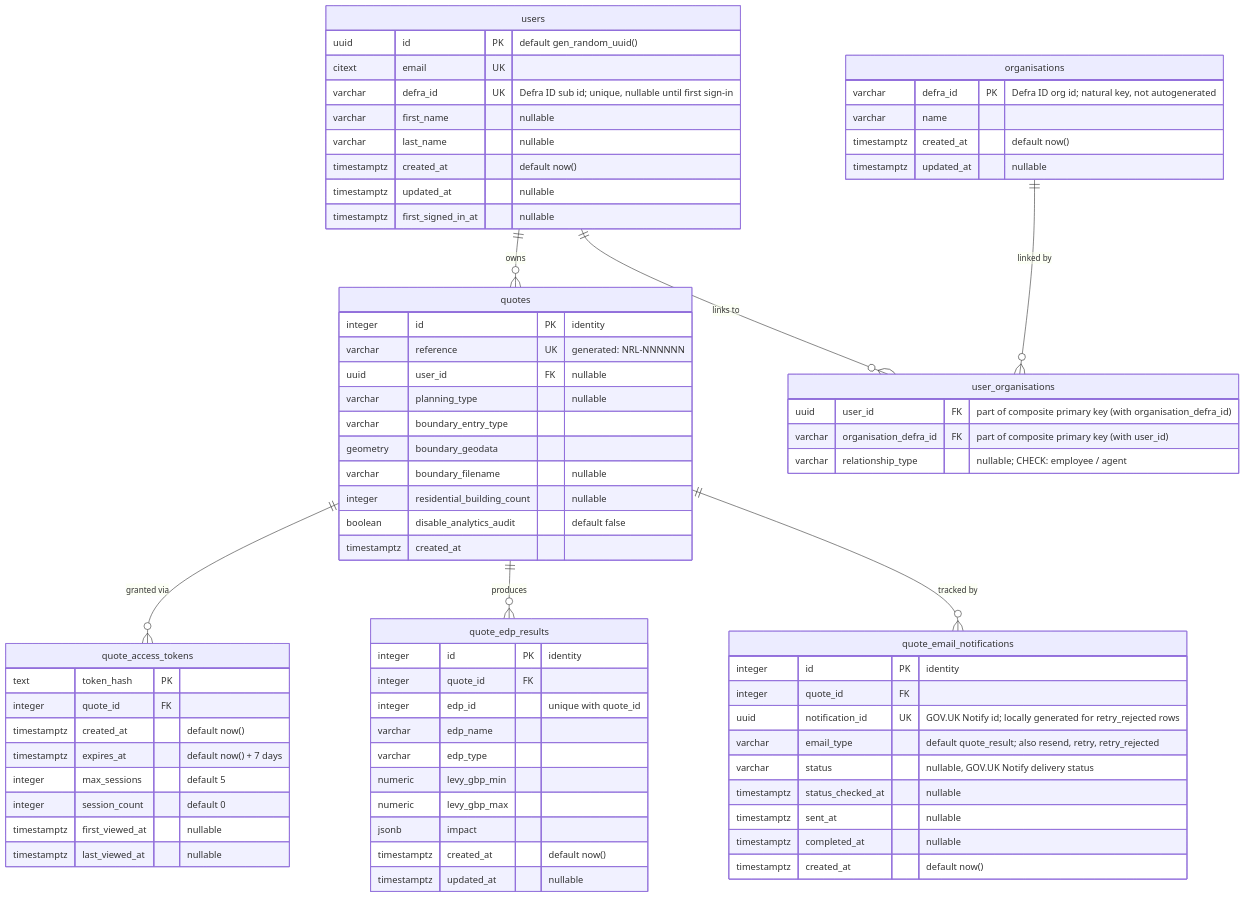
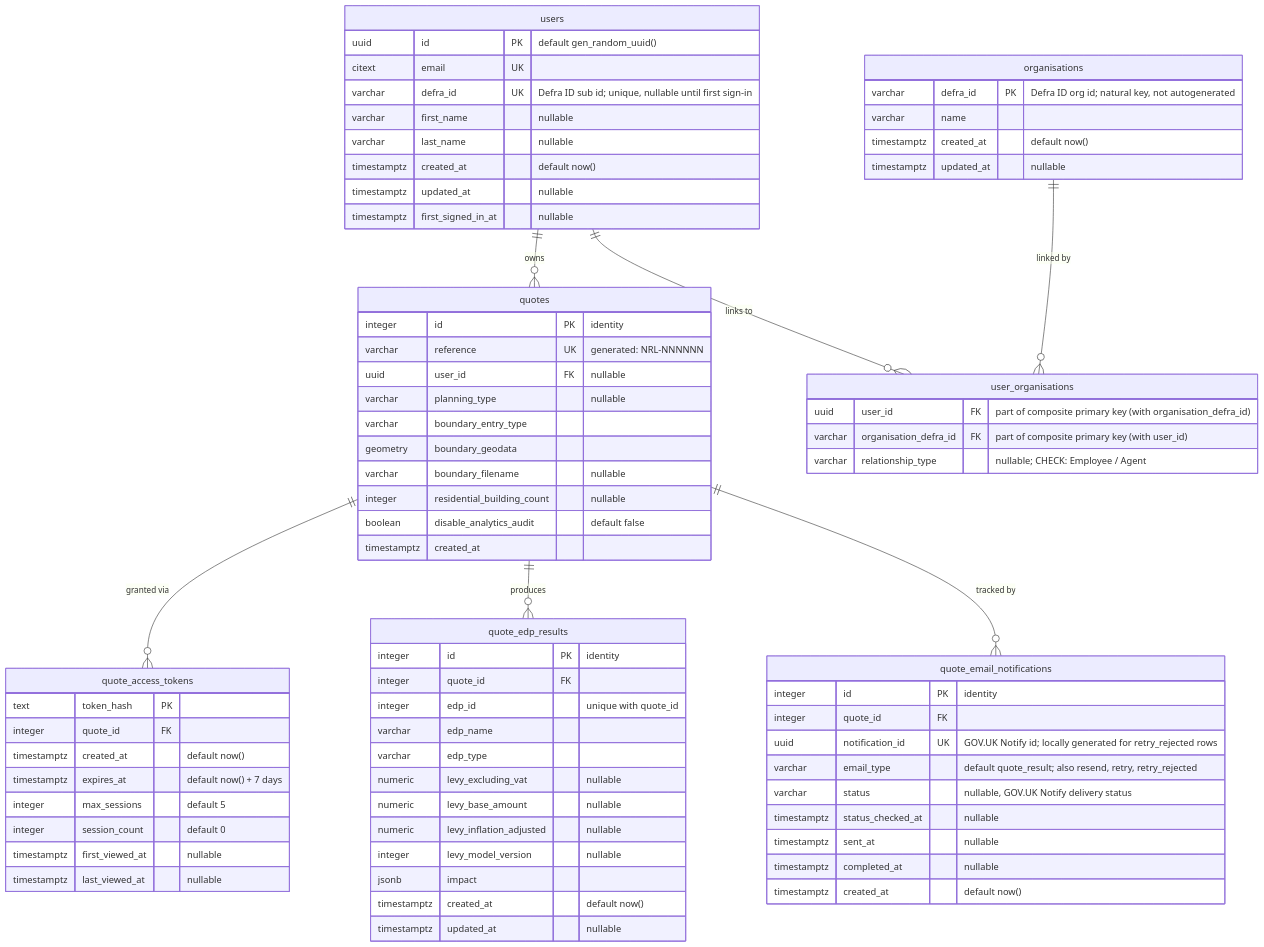
The diagram in docs/quote-database-diagram.md (DEFRA/nrf-backend), drawn with Mermaid before and after one commit. The commit also changed other lines of this file and 24 other files, not shown here.

```diff
--- a/docs/quote-database-diagram.md
+++ b/docs/quote-database-diagram.md
@@ -37,7 +37,7 @@
     user_organisations {
         uuid user_id FK "part of composite primary key (with organisation_defra_id)"
         varchar organisation_defra_id FK "part of composite primary key (with user_id)"
-        varchar relationship_type "nullable; CHECK: employee / agent"
+        varchar relationship_type "nullable; CHECK: Employee / Agent"
     }
 
     quotes {
@@ -70,8 +70,10 @@
         integer edp_id "unique with quote_id"
         varchar edp_name
         varchar edp_type
-        numeric levy_gbp_min
-        numeric levy_gbp_max
+        numeric levy_excluding_vat "nullable"
+        numeric levy_base_amount "nullable"
+        numeric levy_inflation_adjusted "nullable"
+        integer levy_model_version "nullable"
         jsonb impact
         timestamptz created_at "default now()"
         timestamptz updated_at "nullable"
```
